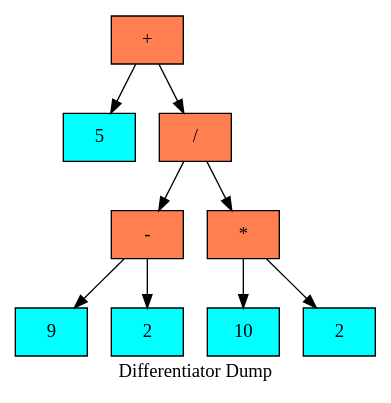
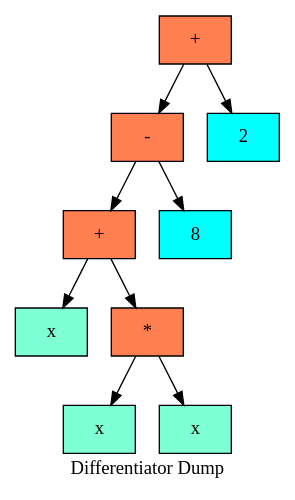
One commit to aidenfmunro/Differentiator changed the diagram in log/dot/treegraph_0.dot. Above: the diagram before and after it, drawn with Graphviz. The commit also changed 5 other files, not shown here.

```diff
--- a/log/dot/treegraph_0.dot
+++ b/log/dot/treegraph_0.dot
@@ -1,23 +1,23 @@
   digraph tree  {
   node[   shape     = "Mrecord",  style     = "filled",  fillcolor = "aqua",  fontcolor = "#000000",  margin    = "0.075"];
   rankdir   = "TB";
 
   label     = "Differentiator Dump";
 "node0" [shape = "record", label = "{+}", fillcolor = "coral"]
-"node1" [shape = "record", label = "{5}", fillcolor = "aqua"]
+"node1" [shape = "record", label = "{-}", fillcolor = "coral"]
+"node2" [shape = "record", label = "{+}", fillcolor = "coral"]
+"node3" [shape = "record", label = "{x}", fillcolor = "aquamarine"]
+"node2" -> "node3"
+"node4" [shape = "record", label = "{*}", fillcolor = "coral"]
+"node5" [shape = "record", label = "{x}", fillcolor = "aquamarine"]
+"node4" -> "node5"
+"node6" [shape = "record", label = "{x}", fillcolor = "aquamarine"]
+"node4" -> "node6"
+"node2" -> "node4"
+"node1" -> "node2"
+"node7" [shape = "record", label = "{8}", fillcolor = "aqua"]
+"node1" -> "node7"
 "node0" -> "node1"
-"node2" [shape = "record", label = "{/}", fillcolor = "coral"]
-"node3" [shape = "record", label = "{-}", fillcolor = "coral"]
-"node4" [shape = "record", label = "{9}", fillcolor = "aqua"]
-"node3" -> "node4"
-"node5" [shape = "record", label = "{2}", fillcolor = "aqua"]
-"node3" -> "node5"
-"node2" -> "node3"
-"node6" [shape = "record", label = "{*}", fillcolor = "coral"]
-"node7" [shape = "record", label = "{10}", fillcolor = "aqua"]
-"node6" -> "node7"
 "node8" [shape = "record", label = "{2}", fillcolor = "aqua"]
-"node6" -> "node8"
-"node2" -> "node6"
-"node0" -> "node2"
+"node0" -> "node8"
   }
```
